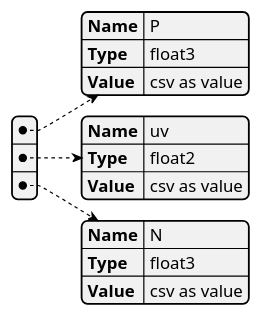
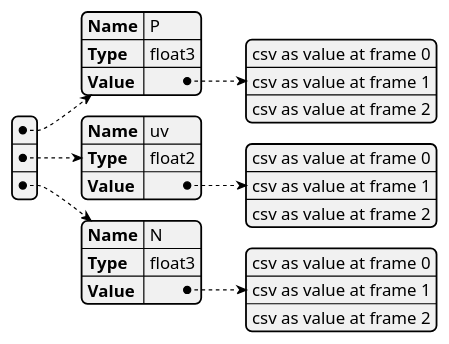
The diagram in Assets/Attri/UML/jsonExampleFrames.puml (HarukaKajita/Attri), drawn with PlantUML before and after one commit. The commit also changed 91 other files, not shown here.

```diff
--- a/Assets/Attri/UML/jsonExampleFrames.puml
+++ b/Assets/Attri/UML/jsonExampleFrames.puml
@@ -1,19 +1,19 @@
 @startjson
 [
     {
         "Name" : "P",
         "Type" : "float3",
-        "Value" : "csv as value"
+        "Value" : ["csv as value at frame 0", "csv as value at frame 1", "csv as value at frame 2"]
     },
     {
         "Name" : "uv",
         "Type" : "float2",
-        "Value" : "csv as value"
+        "Value" : ["csv as value at frame 0", "csv as value at frame 1", "csv as value at frame 2"]
     },
     {
         "Name" : "N",
         "Type" : "float3",
-        "Value" : "csv as value"
+        "Value" : ["csv as value at frame 0", "csv as value at frame 1", "csv as value at frame 2"]
     }
 ]
 @endjson
```
